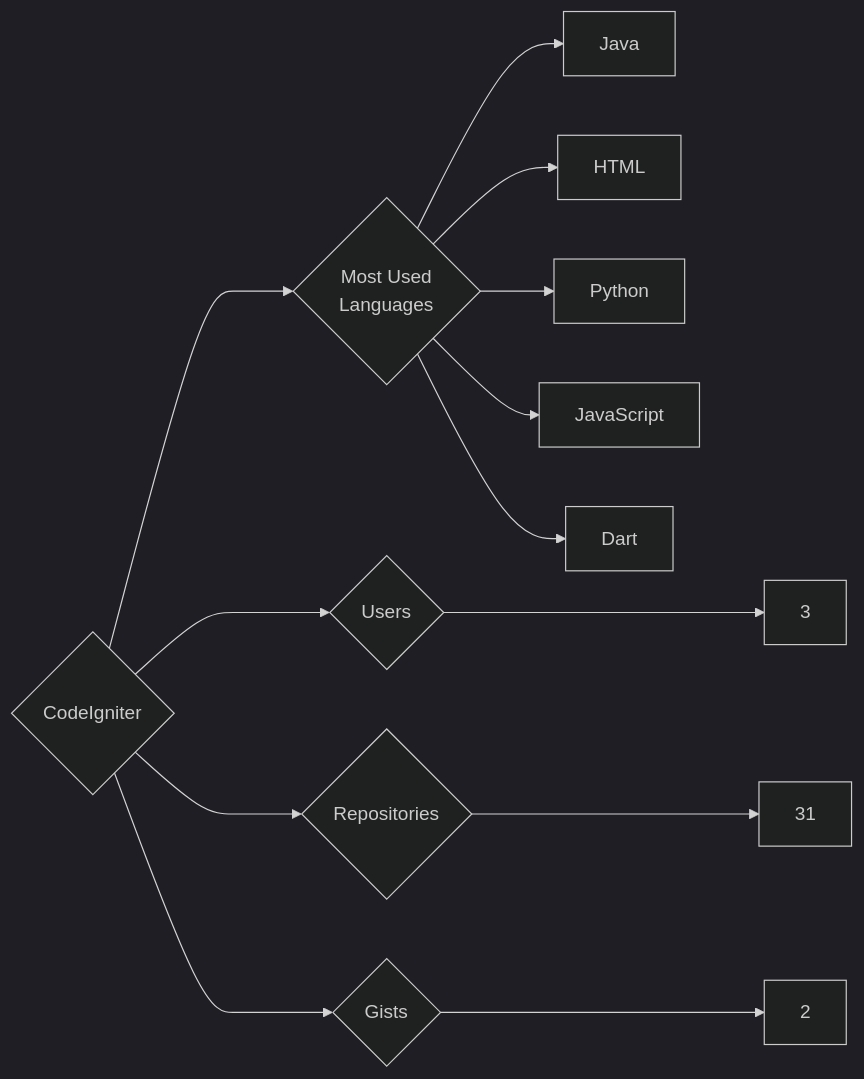
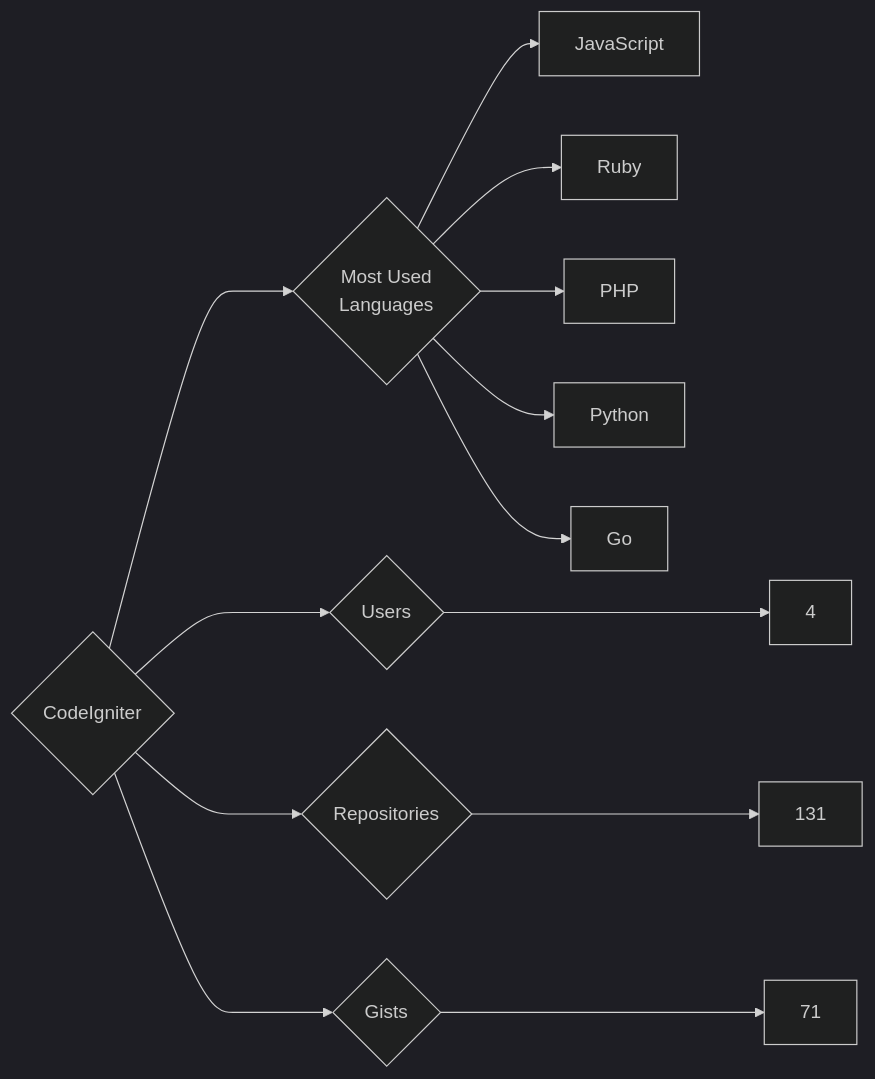
The diagram in targets/CodeIgniter/README.md (trickest/insiders), drawn with Mermaid (dark theme) before and after one commit. The commit also changed 985 other files, not shown here.

````diff
--- a/targets/CodeIgniter/README.md
+++ b/targets/CodeIgniter/README.md
@@ -3,13 +3,13 @@
 ```mermaid
 graph LR
 COMPANY_NAME{CodeIgniter}
-COMPANY_NAME ---> U{Users} ---> UN[3]
-COMPANY_NAME ---> R{Repositories} ---> RN[31]
-COMPANY_NAME ---> G{Gists} ---> GN[2]
+COMPANY_NAME ---> U{Users} ---> UN[4]
+COMPANY_NAME ---> R{Repositories} ---> RN[131]
+COMPANY_NAME ---> G{Gists} ---> GN[71]
 COMPANY_NAME ---> ML{Most Used<br>Languages}
-ML --> Java[Java]
-ML --> HTML[HTML]
+ML --> JavaScript[JavaScript]
+ML --> Ruby[Ruby]
+ML --> PHP[PHP]
 ML --> Python[Python]
-ML --> JavaScript[JavaScript]
-ML --> Dart[Dart]
+ML --> Go[Go]
 ```
````
